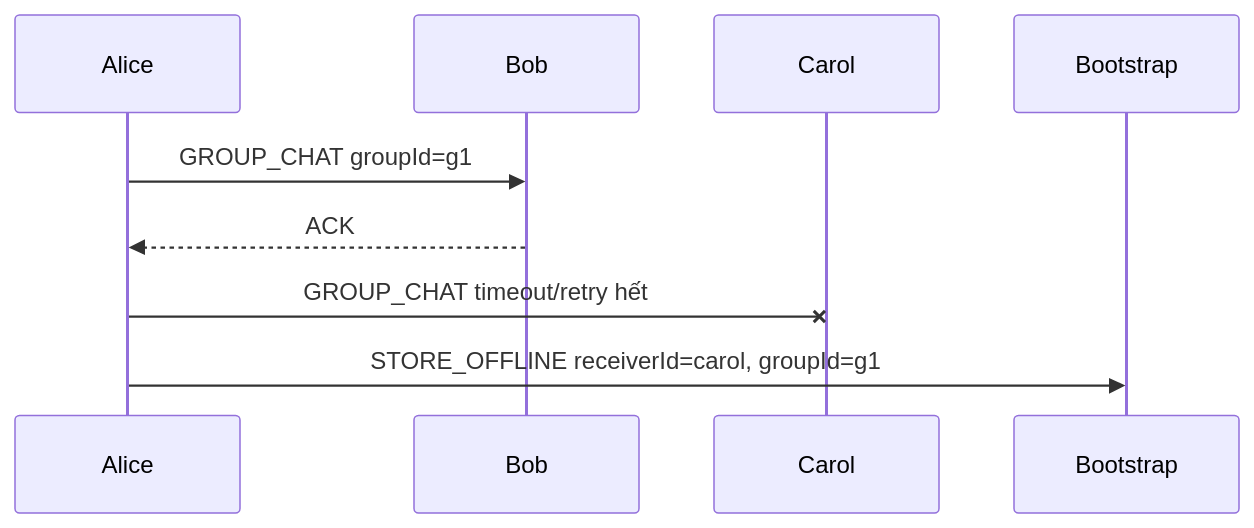
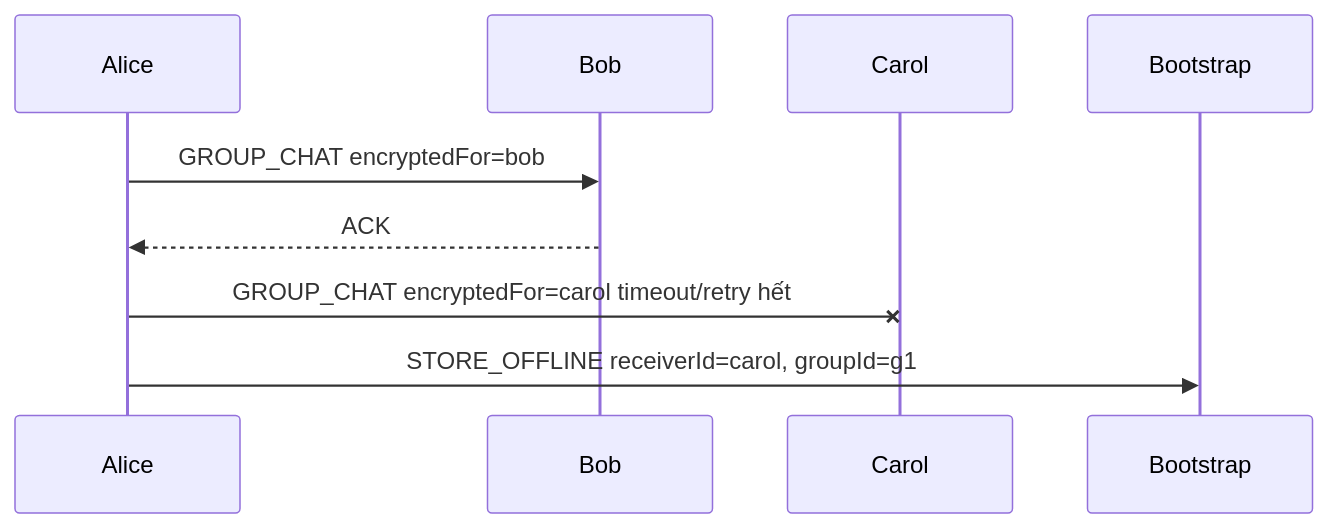
One commit to dungcony/p2p changed the fifth of 6 diagrams in docs/nop-bai/03_giao_thuc_trao_doi_thong_diep.md. Above: the diagram before and after it, drawn with Mermaid. The commit also changed other lines of this file and 14 other files, not shown here.

````diff
--- a/docs/nop-bai/03_giao_thuc_trao_doi_thong_diep.md
+++ b/docs/nop-bai/03_giao_thuc_trao_doi_thong_diep.md
@@ -188,11 +266,11 @@
 ```mermaid
 sequenceDiagram
     participant A as Alice
     participant B as Bob
     participant C as Carol
     participant BS as Bootstrap
-    A->>B: GROUP_CHAT groupId=g1
+    A->>B: GROUP_CHAT encryptedFor=bob
     B-->>A: ACK
-    A-xC: GROUP_CHAT timeout/retry hết
+    A-xC: GROUP_CHAT encryptedFor=carol timeout/retry hết
     A->>BS: STORE_OFFLINE receiverId=carol, groupId=g1
 ```
````
